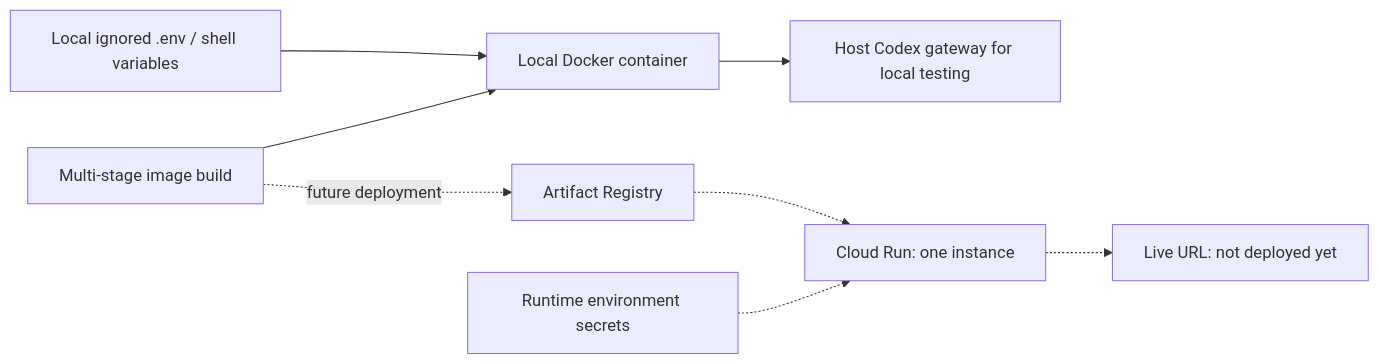
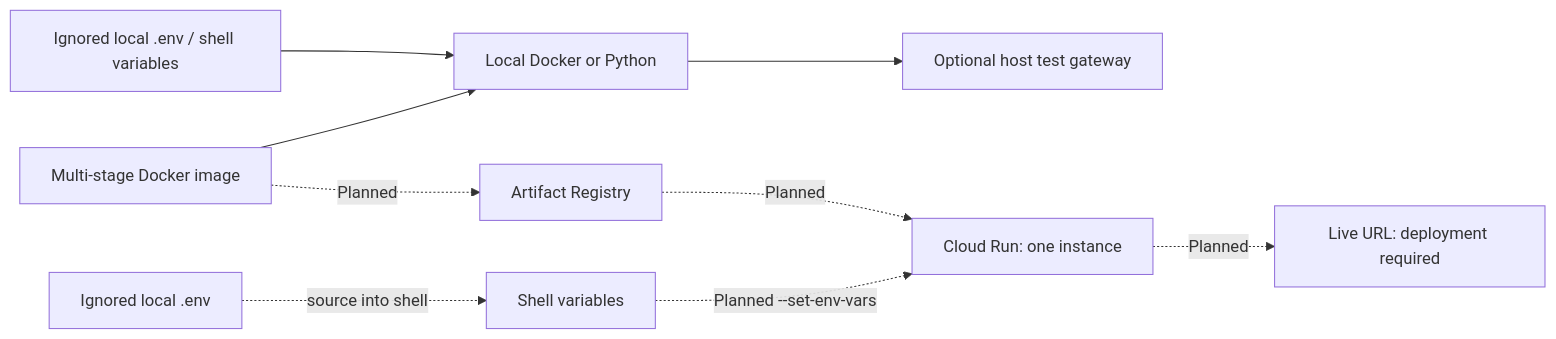
One commit to waderylan/prediction-market-agent changed the third of 3 diagrams in README.md. Above: the diagram before and after it, drawn with Mermaid. The commit also changed other lines of this file and 19 other files, not shown here.

````diff
--- a/README.md
+++ b/README.md
@@ -323,10 +219,11 @@
 ```mermaid
 flowchart LR
-    E[Local ignored .env / shell variables] --> D[Local Docker container]
-    B[Multi-stage image build] --> D
-    D --> H[Host Codex gateway for local testing]
-    B -. future deployment .-> AR[Artifact Registry]
-    AR -.-> CR[Cloud Run: one instance]
-    ENV[Runtime environment secrets] -.-> CR
-    CR -.-> URL[Live URL: not deployed yet]
+    ENV[Ignored local .env / shell variables] --> LOCAL[Local Docker or Python]
+    IMG[Multi-stage Docker image] --> LOCAL
+    LOCAL --> DEV[Optional host test gateway]
+    IMG -. Planned .-> AR[Artifact Registry]
+    AR -. Planned .-> CR[Cloud Run: one instance]
+    DOTENV[Ignored local .env] -. source into shell .-> SEC[Shell variables]
+    SEC -. Planned --set-env-vars .-> CR
+    CR -. Planned .-> URL[Live URL: deployment required]
 ```
````
